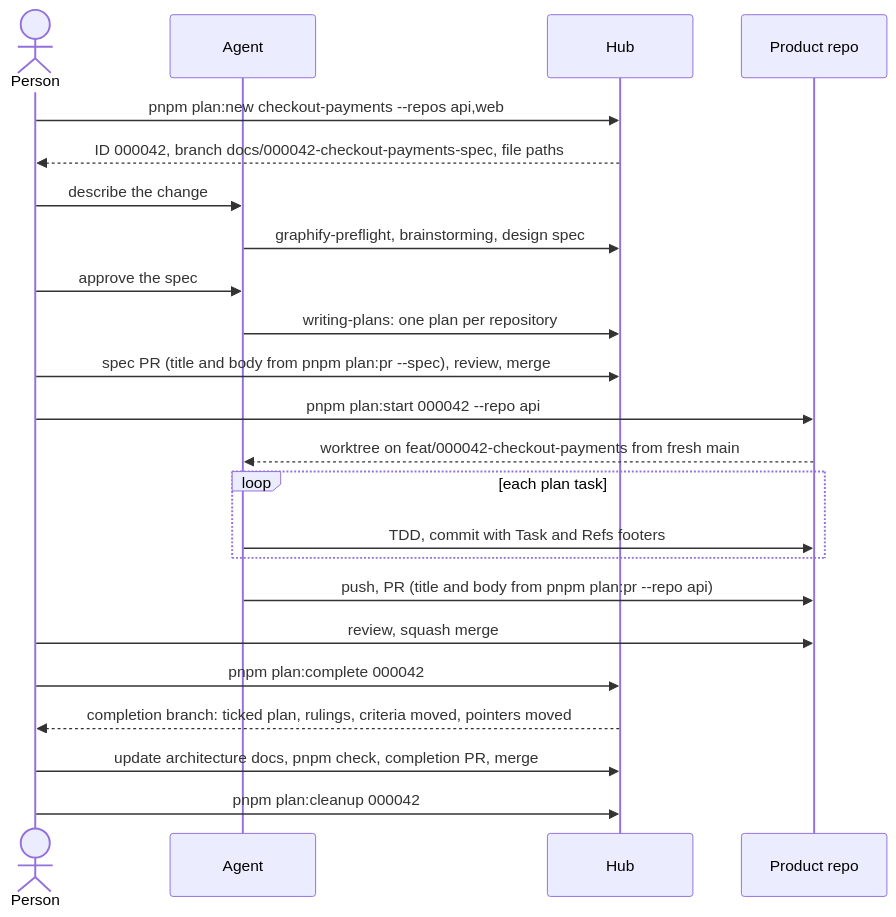
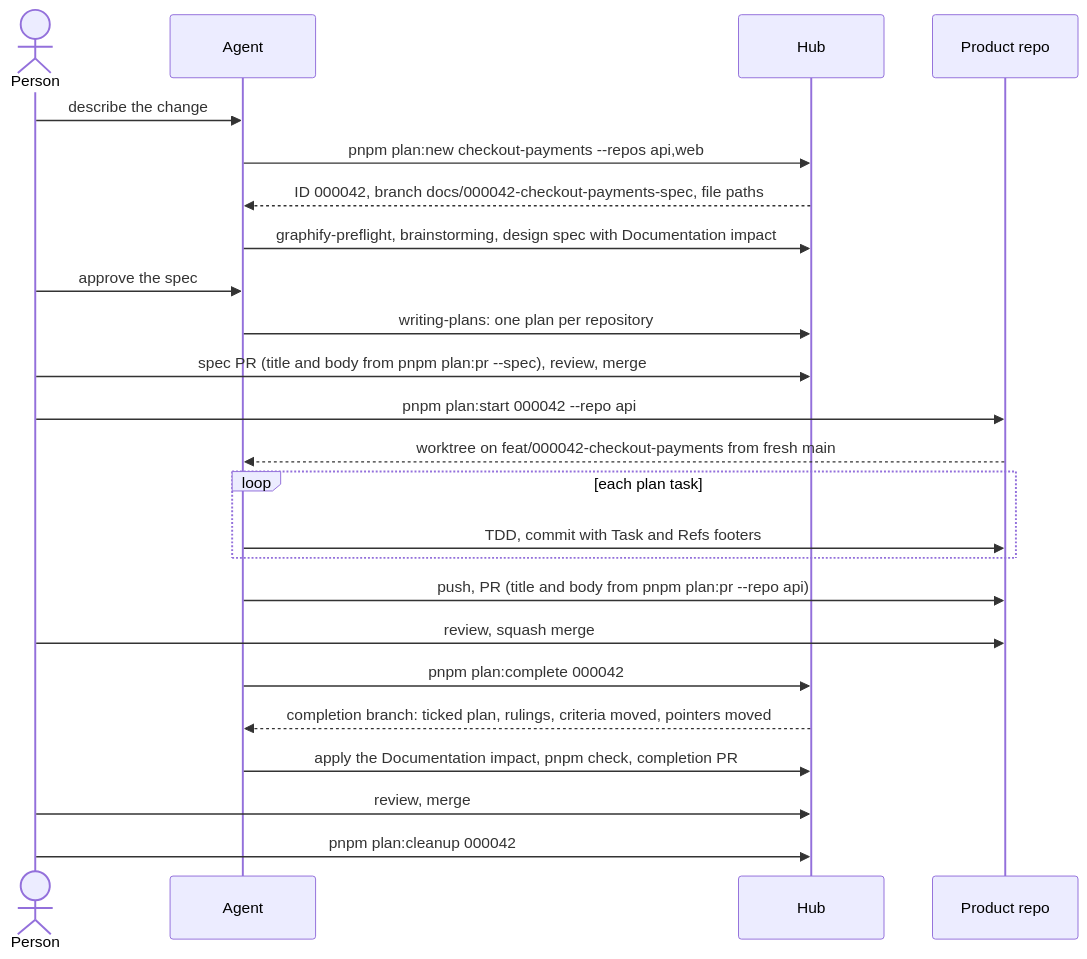
Before and after one commit to omglikeomg/sdd-lite: the second of 4 diagrams in docs/WORKFLOW.md, drawn with Mermaid. The commit also changed other lines of this file and 27 other files, not shown here.

First line of the commit message:
feat: epics, contracts, documentation impact and agent onboarding

````diff
--- a/docs/WORKFLOW.md
+++ b/docs/WORKFLOW.md
@@ -96,25 +121,26 @@
 ```mermaid
 sequenceDiagram
   actor P as Person
   participant A as Agent
   participant H as Hub
   participant R as Product repo
-  P->>H: pnpm plan:new checkout-payments --repos api,web
-  H-->>P: ID 000042, branch docs/000042-checkout-payments-spec, file paths
   P->>A: describe the change
-  A->>H: graphify-preflight, brainstorming, design spec
+  A->>H: pnpm plan:new checkout-payments --repos api,web
+  H-->>A: ID 000042, branch docs/000042-checkout-payments-spec, file paths
+  A->>H: graphify-preflight, brainstorming, design spec with Documentation impact
   P->>A: approve the spec
   A->>H: writing-plans: one plan per repository
   P->>H: spec PR (title and body from pnpm plan:pr --spec), review, merge
   P->>R: pnpm plan:start 000042 --repo api
   R-->>A: worktree on feat/000042-checkout-payments from fresh main
   loop each plan task
     A->>R: TDD, commit with Task and Refs footers
   end
   A->>R: push, PR (title and body from pnpm plan:pr --repo api)
   P->>R: review, squash merge
-  P->>H: pnpm plan:complete 000042
-  H-->>P: completion branch: ticked plan, rulings, criteria moved, pointers moved
-  P->>H: update architecture docs, pnpm check, completion PR, merge
+  A->>H: pnpm plan:complete 000042
+  H-->>A: completion branch: ticked plan, rulings, criteria moved, pointers moved
+  A->>H: apply the Documentation impact, pnpm check, completion PR
+  P->>H: review, merge
   P->>H: pnpm plan:cleanup 000042
 ```
````
